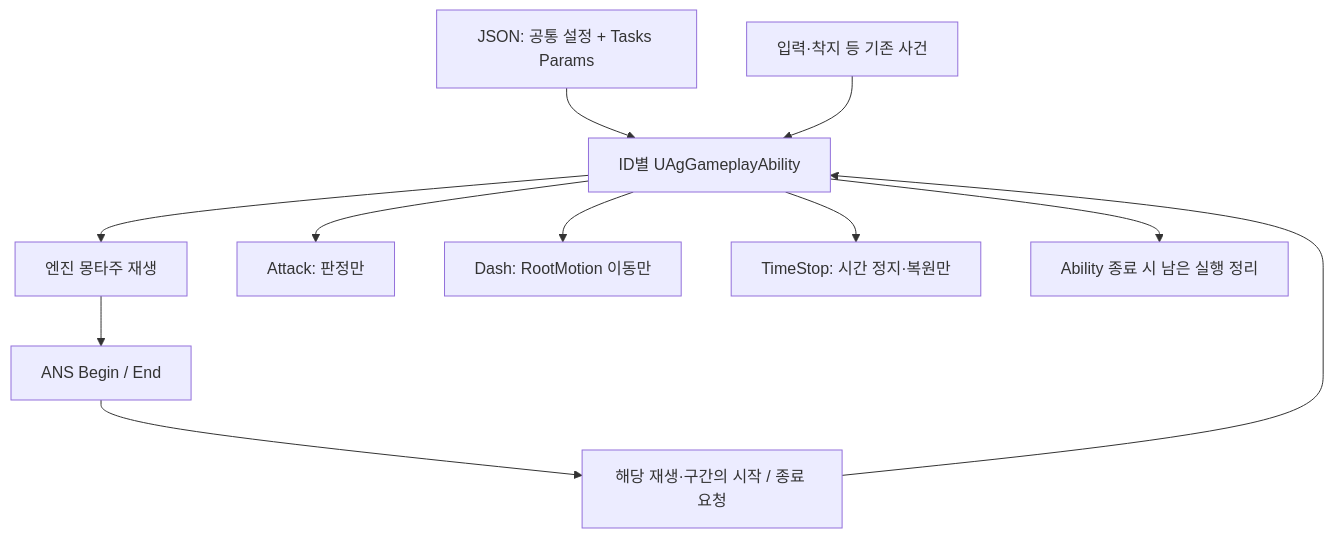
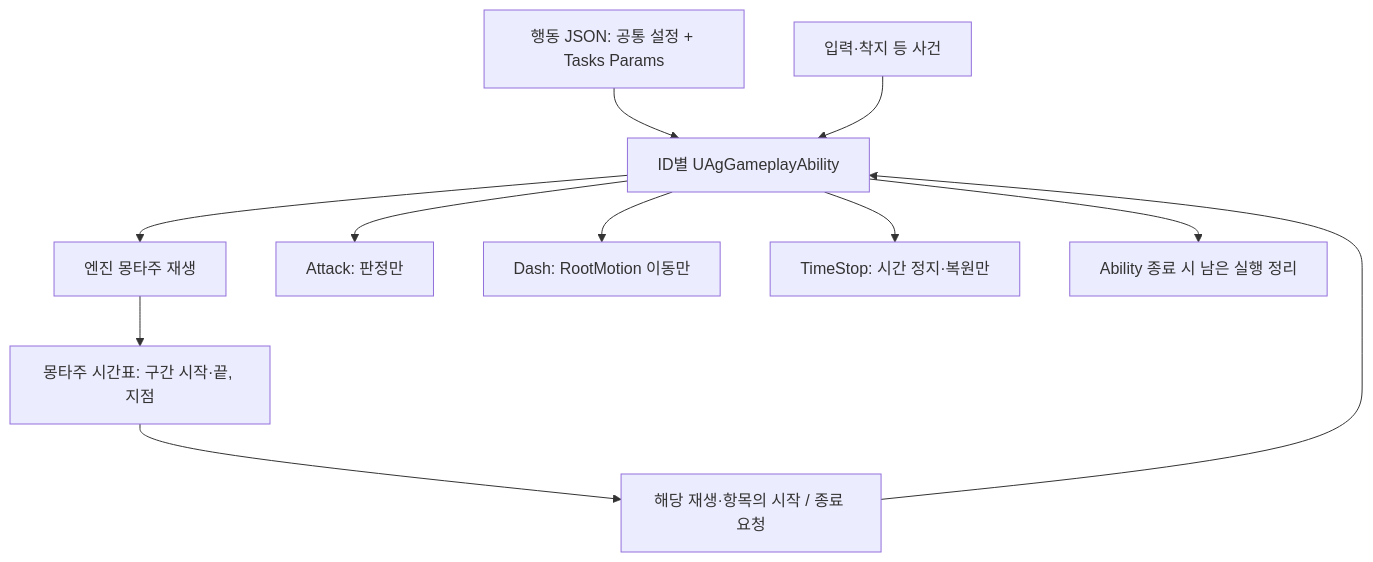
The diagram in Docs/Program/AbilityTask 기반 어빌리티 설계안.md (Woogl/Ag), drawn with Mermaid before and after one commit. The commit also changed other lines of this file and 87 other files, not shown here.

Commit message:
구현: 판정 시각을 노티파이에서 JSON 몽타주 시간표로 옮김

````diff
--- a/Docs/Program/AbilityTask 기반 어빌리티 설계안.md
+++ b/Docs/Program/AbilityTask 기반 어빌리티 설계안.md
@@ -54,13 +51,13 @@
 ```mermaid
 flowchart TD
-    J["JSON: 공통 설정 + Tasks Params"] --> A["ID별 UAgGameplayAbility"]
+    J["행동 JSON: 공통 설정 + Tasks Params"] --> A["ID별 UAgGameplayAbility"]
     A --> M["엔진 몽타주 재생"]
-    M --> N["ANS Begin / End"]
-    N --> R["해당 재생·구간의 시작 / 종료 요청"]
+    M --> N["몽타주 시간표: 구간 시작·끝, 지점"]
+    N --> R["해당 재생·항목의 시작 / 종료 요청"]
     R --> A
     A --> AT["Attack: 판정만"]
     A --> DT["Dash: RootMotion 이동만"]
     A --> TT["TimeStop: 시간 정지·복원만"]
-    E["입력·착지 등 기존 사건"] --> A
+    E["입력·착지 등 사건"] --> A
     A --> C["Ability 종료 시 남은 실행 정리"]
 ```
````
